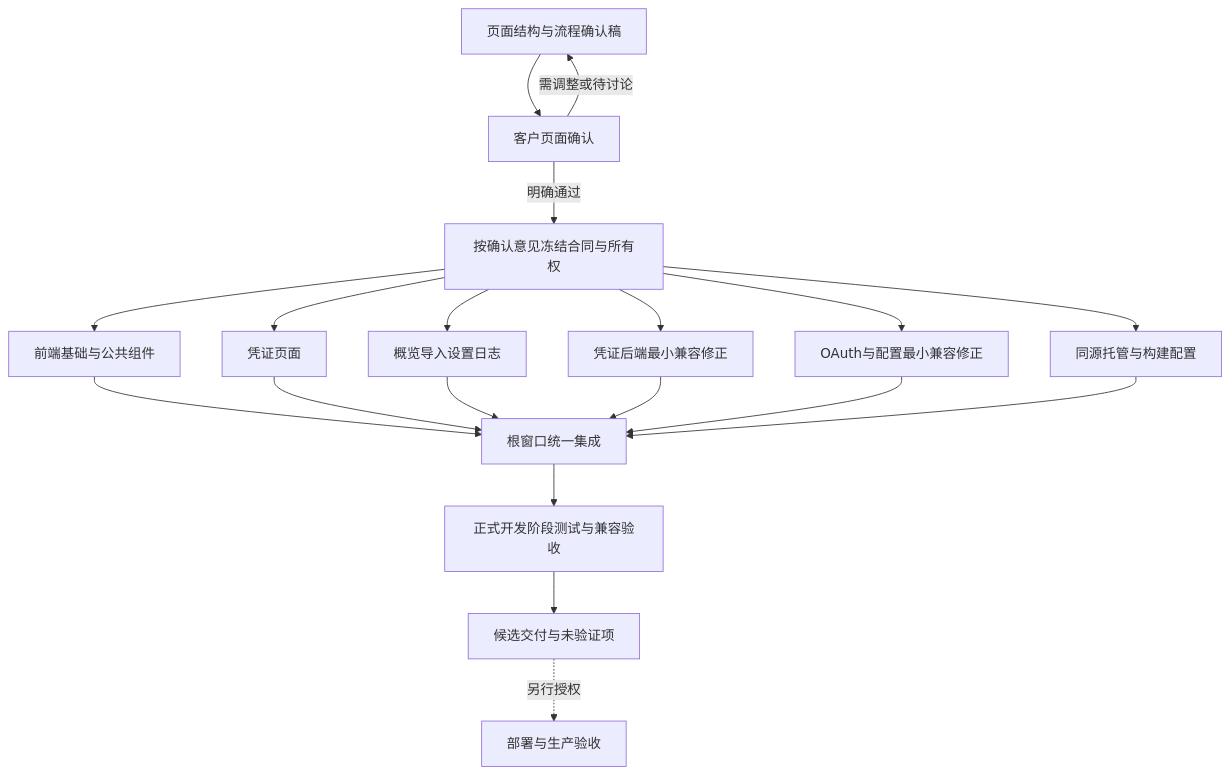
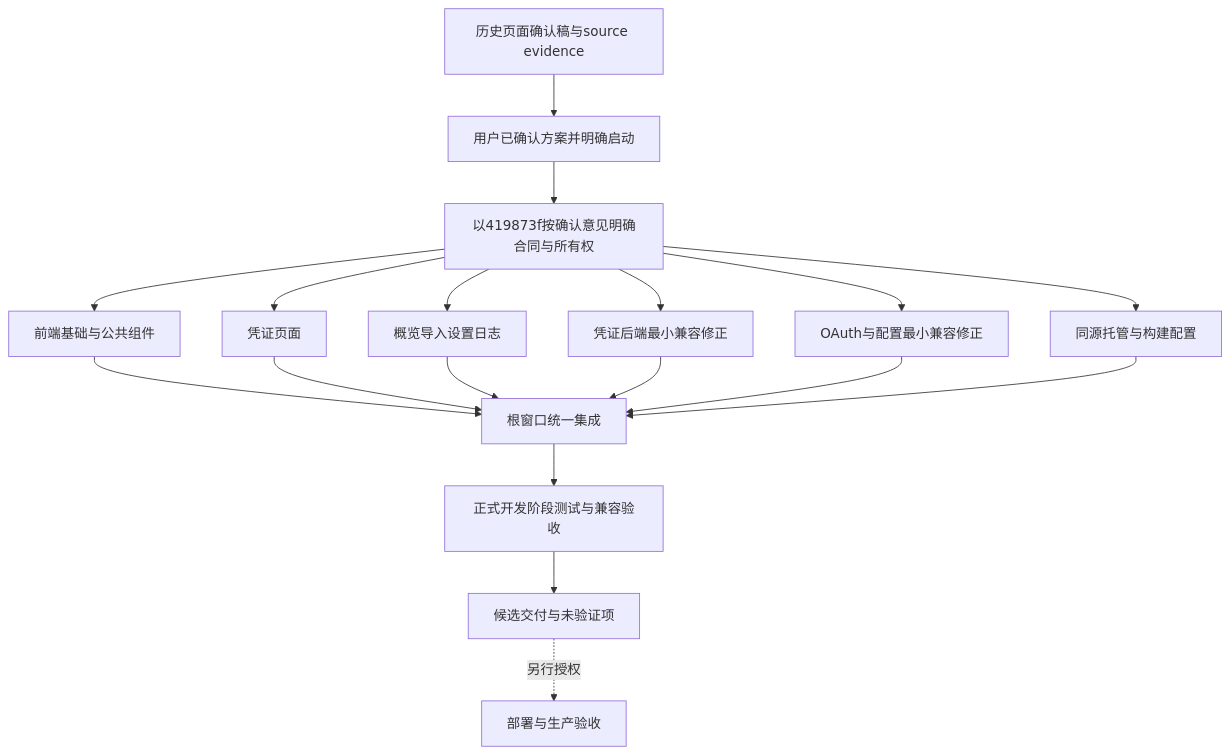
The diagram in docs/ui-redesign/DEVELOPMENT_PLAN.md (lywx215/gcli2api), drawn with Mermaid before and after one commit. The commit also changed other lines of this file, not shown here.

````diff
--- a/docs/ui-redesign/DEVELOPMENT_PLAN.md
+++ b/docs/ui-redesign/DEVELOPMENT_PLAN.md
@@ -216,21 +216,20 @@
 ```mermaid
 flowchart TD
-  D[页面结构与流程确认稿] --> Q[客户页面确认]
-  Q -- 需调整或待讨论 --> D
-  Q -- 明确通过 --> C[按确认意见冻结合同与所有权]
+  D[历史页面确认稿与source evidence] --> Q[用户已确认方案并明确启动]
+  Q --> C[以419873f按确认意见明确合同与所有权]
   C --> F[前端基础与公共组件]
   C --> P[凭证页面]
   C --> W[概览导入设置日志]
   C --> B[凭证后端最小兼容修正]
   C --> A[OAuth与配置最小兼容修正]
   C --> H[同源托管与构建配置]
   F --> I[根窗口统一集成]
   P --> I
   W --> I
   B --> I
   A --> I
   H --> I
   I --> T[正式开发阶段测试与兼容验收]
   T --> R[候选交付与未验证项]
   R -.另行授权.-> X[部署与生产验收]
 ```
````
